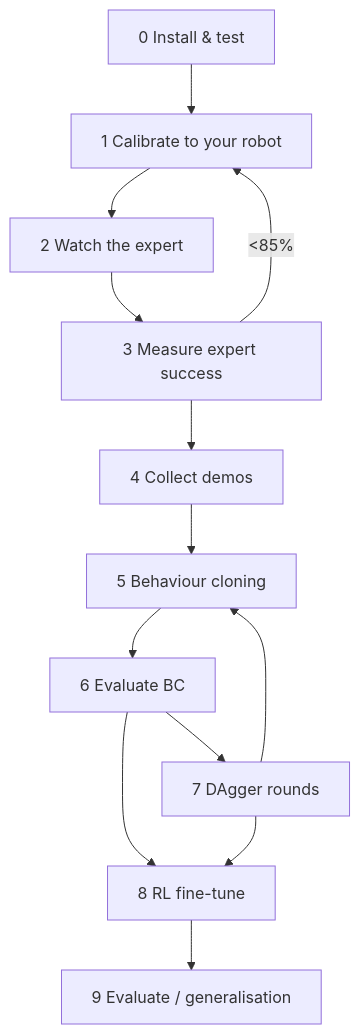
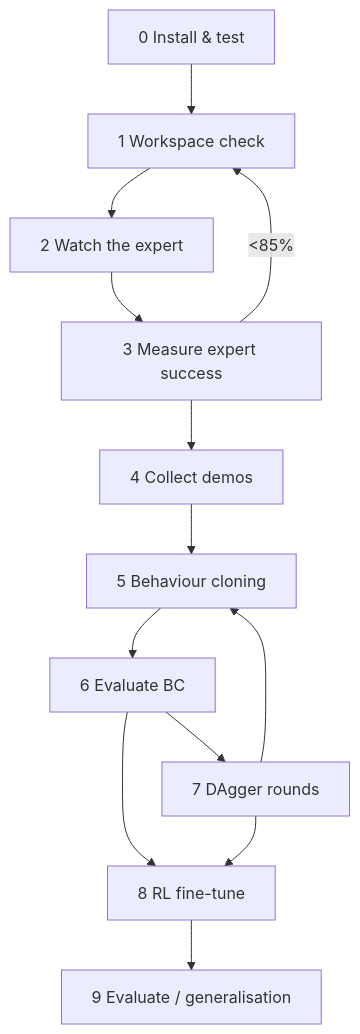
One commit to ShUbHkHaNdElWaL493/Sysmic-RL changed the second of 2 diagrams in README.md. Above: the diagram before and after it, drawn with Mermaid. The commit also changed other lines of this file and 15 other files, not shown here.

````diff
--- a/README.md
+++ b/README.md
@@ -173,15 +172,15 @@
 ```mermaid
 flowchart TD
-  A[0 Install & test] --> B[1 Calibrate to your robot]
+  A[0 Install & test] --> B[1 Workspace check]
   B --> C[2 Watch the expert]
   C --> D[3 Measure expert success]
   D -->|<85%| B
   D --> E[4 Collect demos]
   E --> F[5 Behaviour cloning]
   F --> G[6 Evaluate BC]
   G --> H[7 DAgger rounds]
   H --> F
   G --> I[8 RL fine-tune]
   H --> I
   I --> J[9 Evaluate / generalisation]
 ```
````
